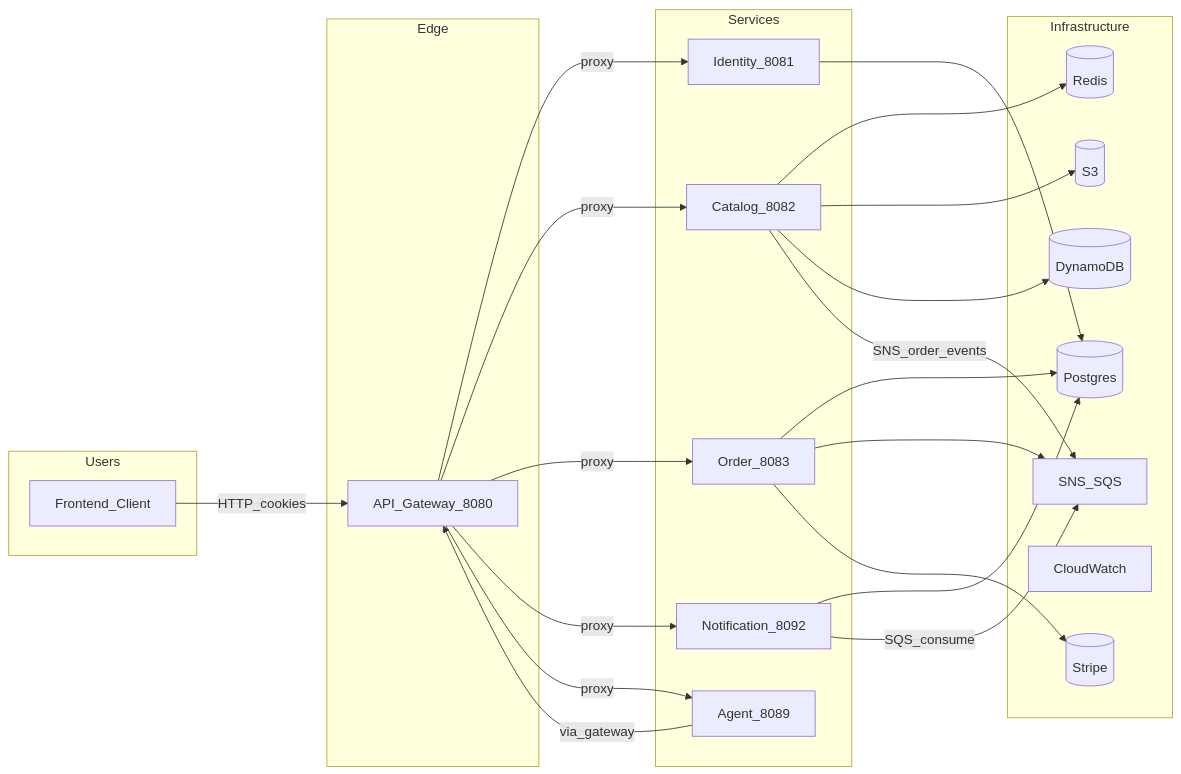
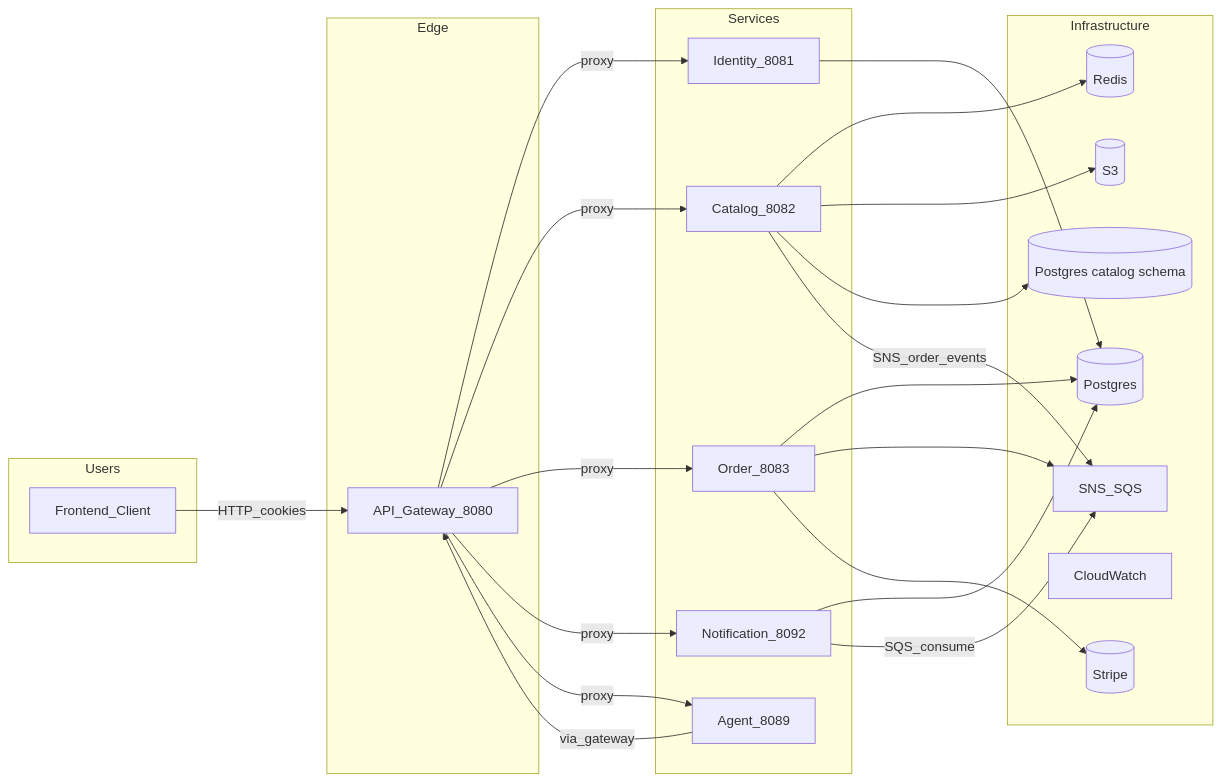
Before and after one commit to yashrajoria/E-Commerce-backend: the first of 3 diagrams in backend/docs/architecture.md, drawn with Mermaid. The commit also changed other lines of this file and 53 other files, not shown here.

Commit message:
chore(catalog): remove DynamoDB code, infra, scripts and docs

````diff
--- a/backend/docs/architecture.md
+++ b/backend/docs/architecture.md
@@ -9,50 +9,50 @@
 ```mermaid
 flowchart LR
   subgraph Users
     U[Frontend_Client]
   end
 
   subgraph Edge
     API[API_Gateway_8080]
   end
 
   subgraph Services
     IDENT[Identity_8081]
     CATALOG[Catalog_8082]
     ORDER[Order_8083]
     NOTIF[Notification_8092]
     AGENT[Agent_8089]
   end
 
   subgraph Infrastructure
     PG[(Postgres)]
     REDIS[(Redis)]
     S3[(S3)]
     SNS_SQS[SNS_SQS]
-    DDB[(DynamoDB)]
+    DDB[(Postgres catalog schema)]
     CW[CloudWatch]
     STRIPE[(Stripe)]
   end
 
   U -->|HTTP_cookies| API
   API -->|proxy| IDENT
   API -->|proxy| CATALOG
   API -->|proxy| ORDER
   API -->|proxy| NOTIF
   API -->|proxy| AGENT
 
   CATALOG --> REDIS
   ORDER --> PG
   IDENT --> PG
   NOTIF --> PG
 
   CATALOG --> S3
   CATALOG --> DDB
 
   CATALOG -->|SNS_order_events| SNS_SQS
   ORDER --> SNS_SQS
   ORDER --> STRIPE
   NOTIF -->|SQS_consume| SNS_SQS
 
   AGENT -->|via_gateway| API
 ```
````
